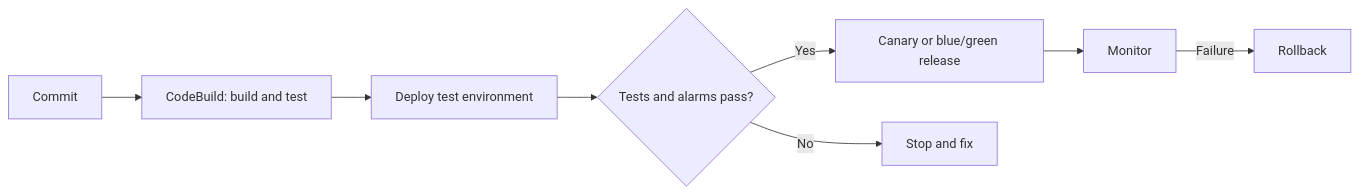
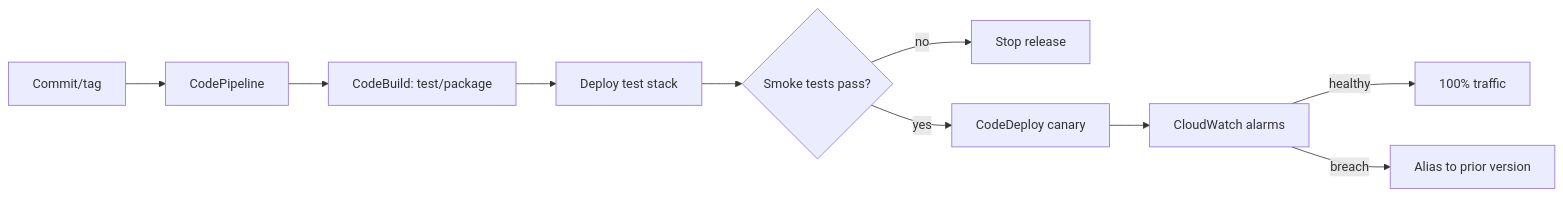
Before and after one commit to rodrigosiviero/aws-study-hub: the sixth of 8 diagrams in src/content/certs/dva.md, drawn with Mermaid. The commit also changed other lines of this file and 1 other file, not shown here.

````diff
--- a/src/content/certs/dva.md
+++ b/src/content/certs/dva.md
@@ -310,10 +531,12 @@
 ```mermaid
 flowchart LR
-  Commit[Commit] --> Build[CodeBuild: build and test]
-  Build --> Test[Deploy test environment]
-  Test --> Gate{Tests and alarms pass?}
-  Gate -->|Yes| Release[Canary or blue/green release]
-  Gate -->|No| Stop[Stop and fix]
-  Release --> Monitor[Monitor]
-  Monitor -->|Failure| Rollback[Rollback]
+ G[Commit/tag] --> CP[CodePipeline]
+ CP --> CB[CodeBuild: test/package]
+ CB --> T[Deploy test stack]
+ T --> V{Smoke tests pass?}
+ V -->|no| Stop[Stop release]
+ V -->|yes| CD[CodeDeploy canary]
+ CD --> A[CloudWatch alarms]
+ A -->|healthy| Full[100% traffic]
+ A -->|breach| Rollback[Alias to prior version]
 ```
````
